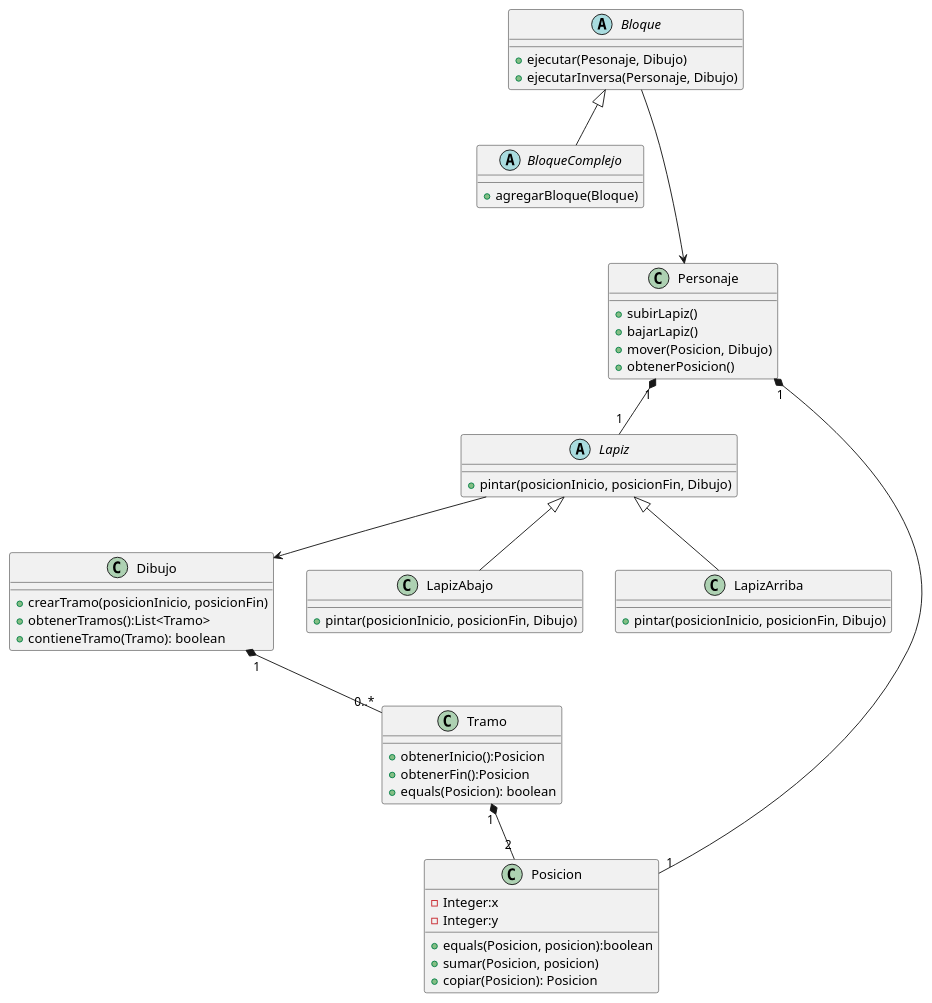
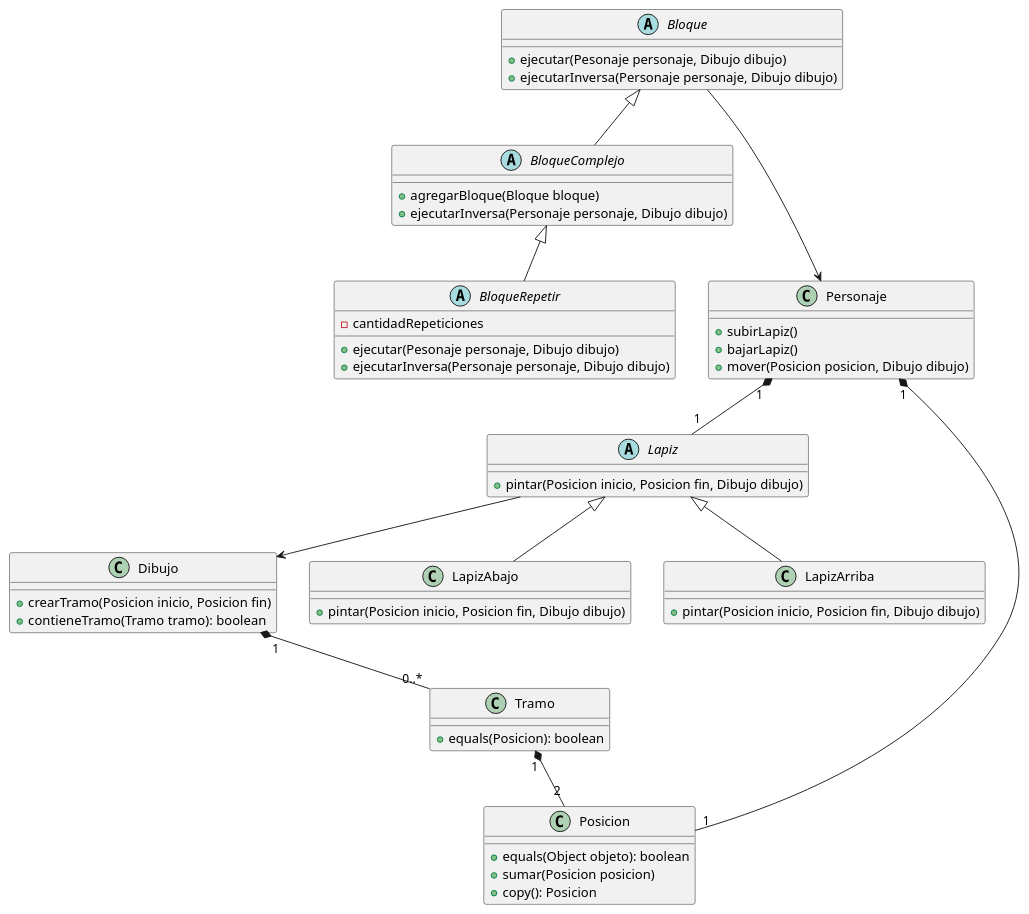
One commit to alopezbizon/T2-ALGO3-TP2 changed the diagram in diagramas/DiagramaDeClases.puml. Above: the diagram before and after it, drawn with PlantUML. The commit also changed 7 other files, not shown here.

Commit message:
Se agregan diagramas de clase.

```diff
--- a/diagramas/DiagramaDeClases.puml
+++ b/diagramas/DiagramaDeClases.puml
@@ -1,57 +1,66 @@
 @startuml
+
 Abstract Class Bloque{
-    +ejecutar(Pesonaje, Dibujo)
-    +ejecutarInversa(Personaje, Dibujo)
-}
-Abstract Class BloqueComplejo{
-    +agregarBloque(Bloque)
+    +ejecutar(Pesonaje personaje, Dibujo dibujo)
+    +ejecutarInversa(Personaje personaje, Dibujo dibujo)
 }
 
-Bloque <|-- BloqueComplejo
-Bloque ---> Personaje
+Abstract Class BloqueComplejo{
+    +agregarBloque(Bloque bloque)
+    +ejecutarInversa(Personaje personaje, Dibujo dibujo)
+}
+
+Abstract Class BloqueRepetir{
+    -cantidadRepeticiones
+    +ejecutar(Pesonaje personaje, Dibujo dibujo)
+    +ejecutarInversa(Personaje personaje, Dibujo dibujo)
+}
 
 Class Personaje{
     +subirLapiz()
     +bajarLapiz()
-    +mover(Posicion, Dibujo)
-    +obtenerPosicion()
+    +mover(Posicion posicion, Dibujo dibujo)
 }
-Personaje "1"*--"1" Lapiz
-Personaje "1"*--"1" Posicion
 
 Class Dibujo{
-    +crearTramo(posicionInicio, posicionFin)
-    +obtenerTramos():List<Tramo>
-    +contieneTramo(Tramo): boolean
+    +crearTramo(Posicion inicio, Posicion fin)
+    +contieneTramo(Tramo tramo): boolean
 }
 
 Class Tramo{
-    +obtenerInicio():Posicion
-    +obtenerFin():Posicion
     +equals(Posicion): boolean
 }
+
+Abstract Class Lapiz{
+    +pintar(Posicion inicio, Posicion fin, Dibujo dibujo)
+}
+
+Class LapizAbajo{
+    +pintar(Posicion inicio, Posicion fin, Dibujo dibujo)
+}
+
+Class LapizArriba{
+    +pintar(Posicion inicio, Posicion fin, Dibujo dibujo)
+}
+
+Class Posicion{
+    +equals(Object objeto): boolean
+    +sumar(Posicion posicion)
+    +copy(): Posicion
+}
+
+Bloque <|-- BloqueComplejo
+BloqueComplejo<|-- BloqueRepetir
+Bloque ---> Personaje
+
+Personaje "1"*--"1" Lapiz
+Personaje "1"*--"1" Posicion
 
 Tramo "1"*--"2" Posicion
 Dibujo "1"*--"0..*"Tramo
 
-Abstract Class Lapiz{
-    +pintar(posicionInicio, posicionFin, Dibujo)
-}
-Class LapizAbajo{
-    +pintar(posicionInicio, posicionFin, Dibujo)
-}
-Class LapizArriba{
-    +pintar(posicionInicio, posicionFin, Dibujo)
-}
 Lapiz <|-- LapizAbajo
 Lapiz <|-- LapizArriba
 Lapiz --> Dibujo
 
-Class Posicion{
-    -Integer:x
-    -Integer:y
-    +equals(Posicion, posicion):boolean
-    +sumar(Posicion, posicion)
-    +copiar(Posicion): Posicion
-}
 @enduml
```
